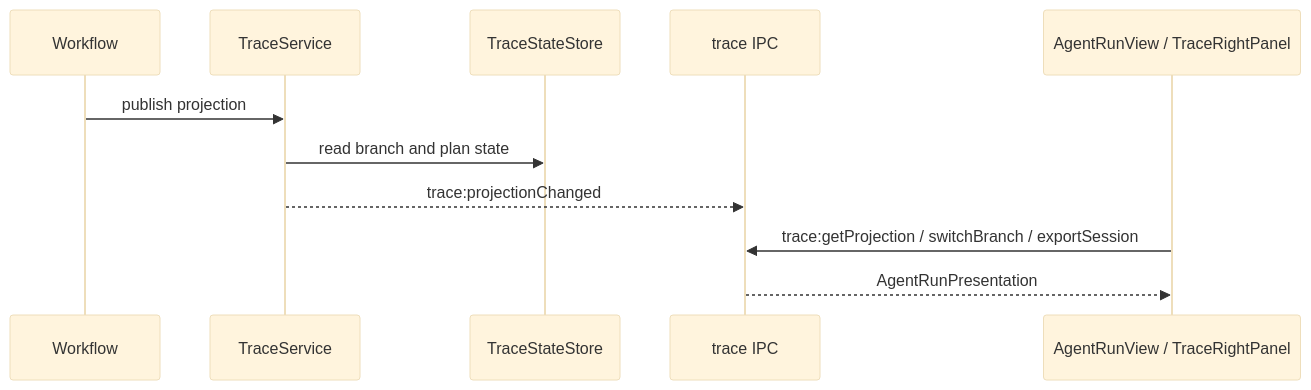
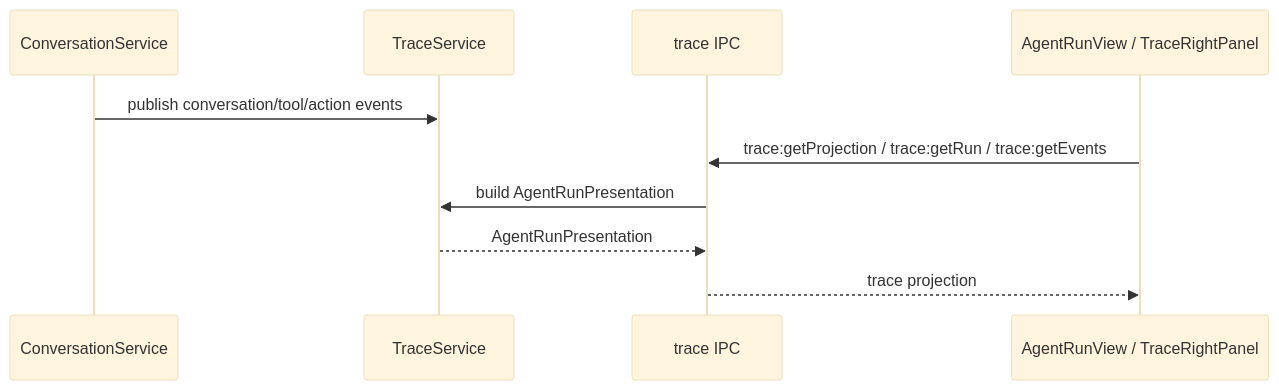
One commit to haolange/RDC-Agent changed the third of 3 diagrams in docs/architecture/data-flow.md. Above: the diagram before and after it, drawn with Mermaid (base theme). The commit also changed other lines of this file and 3283 other files, not shown here.

````diff
--- a/docs/architecture/data-flow.md
+++ b/docs/architecture/data-flow.md
@@ -34,14 +60,13 @@
 ```mermaid
 sequenceDiagram
-  participant WF as Workflow
+  participant Conversation as ConversationService
   participant Trace as TraceService
-  participant Store as TraceStateStore
   participant IPC as trace IPC
   participant UI as AgentRunView / TraceRightPanel
 
-  WF->>Trace: publish projection
-  Trace->>Store: read branch and plan state
-  Trace-->>IPC: trace:projectionChanged
-  UI->>IPC: trace:getProjection / switchBranch / exportSession
-  IPC-->>UI: AgentRunPresentation
+  Conversation->>Trace: publish conversation/tool/action events
+  UI->>IPC: trace:getProjection / trace:getRun / trace:getEvents
+  IPC->>Trace: build AgentRunPresentation
+  Trace-->>IPC: AgentRunPresentation
+  IPC-->>UI: trace projection
 ```
````
